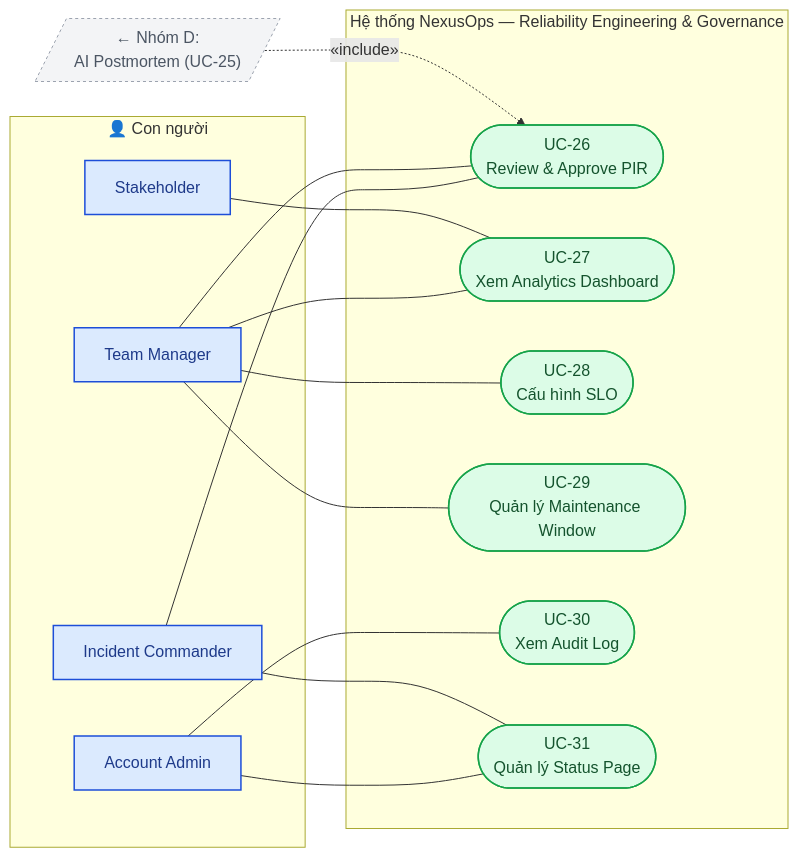
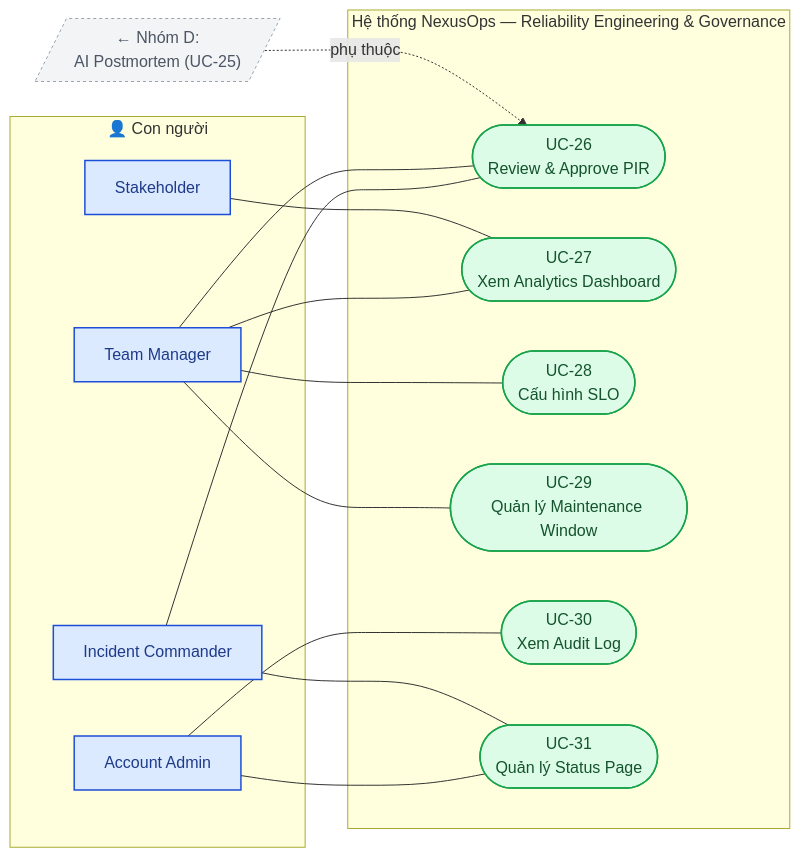
One commit to NguyenBao0305/Intelligent-Incident-Reliability-Operations-Platform changed the sixth of 16 diagrams in README.md. Above: the diagram before and after it, drawn with Mermaid. The commit also changed other lines of this file, not shown here.

````diff
--- a/README.md
+++ b/README.md
@@ -755,39 +673,39 @@
 ```mermaid
 flowchart LR
     subgraph ACTORS_E["👤 Con người"]
         Commander3[Incident Commander]
         TeamManagerE[Team Manager]
         AccountAdmin2[Account Admin]
         Stakeholder2[Stakeholder]
     end
 
     subgraph SYS_E["Hệ thống NexusOps — Reliability Engineering & Governance"]
         UC26(["UC-26<br/>Review & Approve PIR"])
         UC27(["UC-27<br/>Xem Analytics Dashboard"])
         UC28(["UC-28<br/>Cấu hình SLO"])
         UC29(["UC-29<br/>Quản lý Maintenance Window"])
         UC30(["UC-30<br/>Xem Audit Log"])
         UC31(["UC-31<br/>Quản lý Status Page"])
     end
 
     REF_PM2[/"← Nhóm D:<br/>AI Postmortem (UC-25)"/]
 
     Commander3 --- UC26
     TeamManagerE --- UC26
     TeamManagerE --- UC27
     Stakeholder2 --- UC27
     TeamManagerE --- UC28
     TeamManagerE --- UC29
     AccountAdmin2 --- UC30
     AccountAdmin2 --- UC31
     Commander3 --- UC31
 
-    REF_PM2 -.->|"«include»"| UC26
+    REF_PM2 -.->|"phụ thuộc"| UC26
 
     classDef actorHuman fill:#dbeafe,stroke:#1d4ed8,stroke-width:1.5px,color:#1e3a8a
     classDef usecase fill:#dcfce7,stroke:#16a34a,stroke-width:1.5px,color:#14532d
     classDef refNode fill:#f3f4f6,stroke:#9ca3af,stroke-width:1px,stroke-dasharray: 3 3,color:#4b5563
     class Commander3,TeamManagerE,AccountAdmin2,Stakeholder2 actorHuman
     class UC26,UC27,UC28,UC29,UC30,UC31 usecase
     class REF_PM2 refNode
 ```
````
